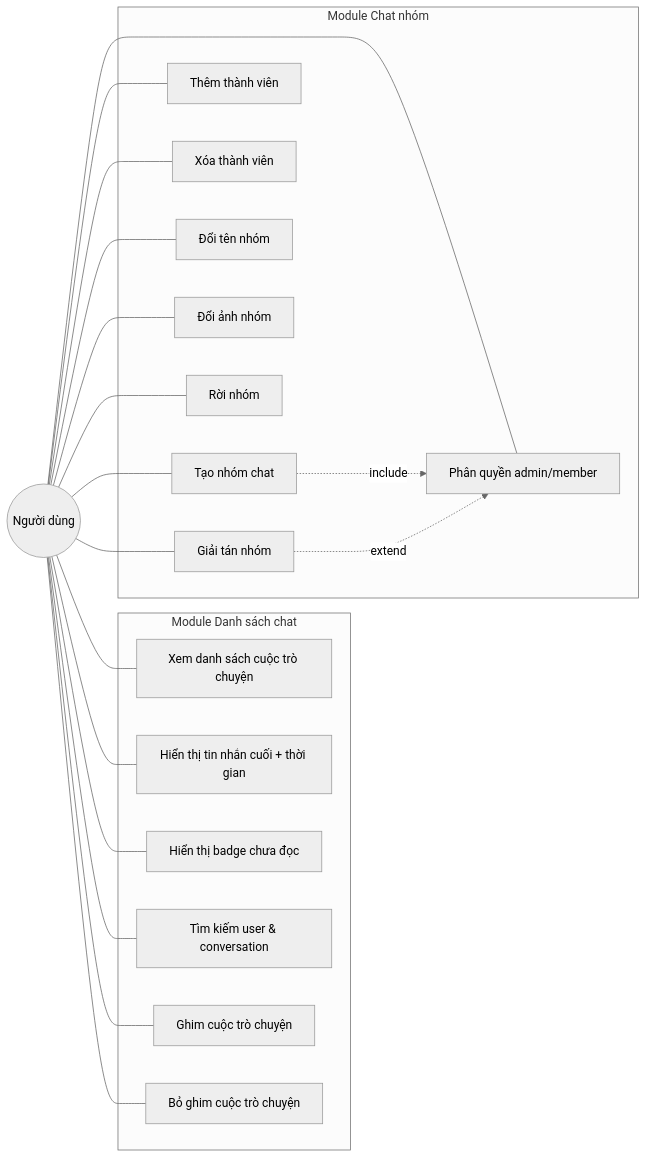
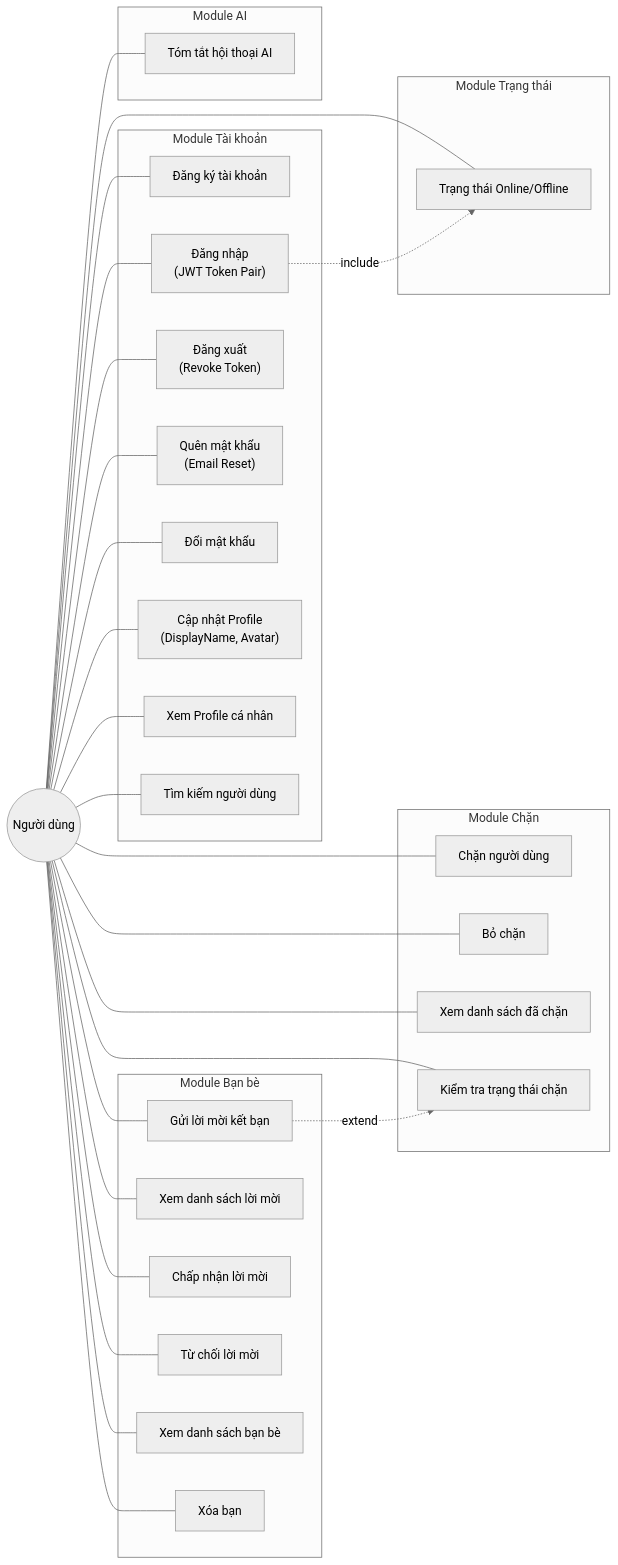
The third of 10 diagrams in bao_cao_thanh_vien_3.md (HiepNguyen284/chatapp), drawn with Mermaid (neutral theme) before and after one commit. The commit also changed other lines of this file and 4473 other files, not shown here.

````diff
--- a/bao_cao_thanh_vien_3.md
+++ b/bao_cao_thanh_vien_3.md
@@ -466,42 +475,63 @@
 ```mermaid
 graph LR
     User((Người dùng))
 
-    subgraph UC_List["Module Danh sách chat"]
-        UC1["Xem danh sách cuộc trò chuyện"]
-        UC2["Hiển thị tin nhắn cuối + thời gian"]
-        UC3["Hiển thị badge chưa đọc"]
-        UC4["Tìm kiếm user & conversation"]
-        UC5["Ghim cuộc trò chuyện"]
-        UC6["Bỏ ghim cuộc trò chuyện"]
+    subgraph UC_Account["Module Tài khoản"]
+        UC1["Đăng ký tài khoản"]
+        UC2["Đăng nhập<br/>(JWT Token Pair)"]
+        UC3["Đăng xuất<br/>(Revoke Token)"]
+        UC4["Quên mật khẩu<br/>(Email Reset)"]
+        UC5["Đổi mật khẩu"]
+        UC6["Cập nhật Profile<br/>(DisplayName, Avatar)"]
+        UC7["Xem Profile cá nhân"]
+        UC8["Tìm kiếm người dùng"]
     end
 
-    subgraph UC_Group["Module Chat nhóm"]
-        UC7["Tạo nhóm chat"]
-        UC8["Thêm thành viên"]
-        UC9["Xóa thành viên"]
-        UC10["Phân quyền admin/member"]
-        UC11["Đổi tên nhóm"]
-        UC12["Đổi ảnh nhóm"]
-        UC13["Rời nhóm"]
-        UC14["Giải tán nhóm"]
+    subgraph UC_Friend["Module Bạn bè"]
+        UC9["Gửi lời mời kết bạn"]
+        UC10["Xem danh sách lời mời"]
+        UC11["Chấp nhận lời mời"]
+        UC12["Từ chối lời mời"]
+        UC13["Xem danh sách bạn bè"]
+        UC14["Xóa bạn"]
+    end
+
+    subgraph UC_Block["Module Chặn"]
+        UC15["Chặn người dùng"]
+        UC16["Bỏ chặn"]
+        UC17["Xem danh sách đã chặn"]
+        UC18["Kiểm tra trạng thái chặn"]
+    end
+
+    subgraph UC_Presence["Module Trạng thái"]
+        UC19["Trạng thái Online/Offline"]
+    end
+
+    subgraph UC_AI_Summary["Module AI"]
+        UC20["Tóm tắt hội thoại AI"]
     end
 
     User --- UC1
     User --- UC2
     User --- UC3
     User --- UC4
     User --- UC5
     User --- UC6
     User --- UC7
     User --- UC8
     User --- UC9
     User --- UC10
     User --- UC11
     User --- UC12
     User --- UC13
     User --- UC14
+    User --- UC15
+    User --- UC16
+    User --- UC17
+    User --- UC18
+    User --- UC19
+    User --- UC20
 
-    UC7 -.->|"include"| UC10
-    UC14 -.->|"extend"| UC10
+    UC2 -.->|"include"| UC19
+    UC9 -.->|"extend"| UC18
 ```
````
